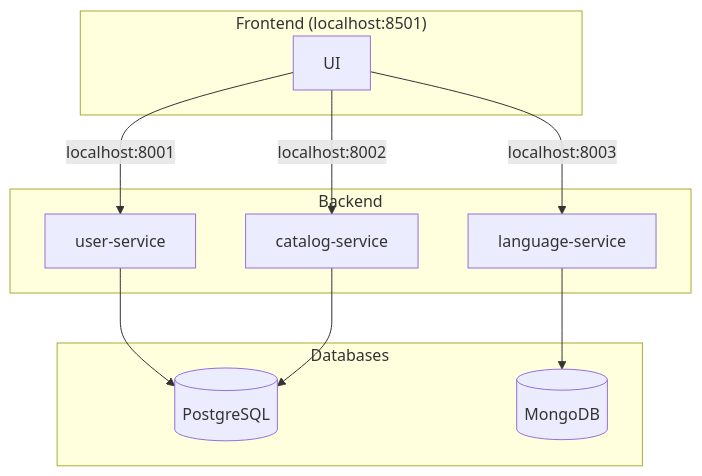
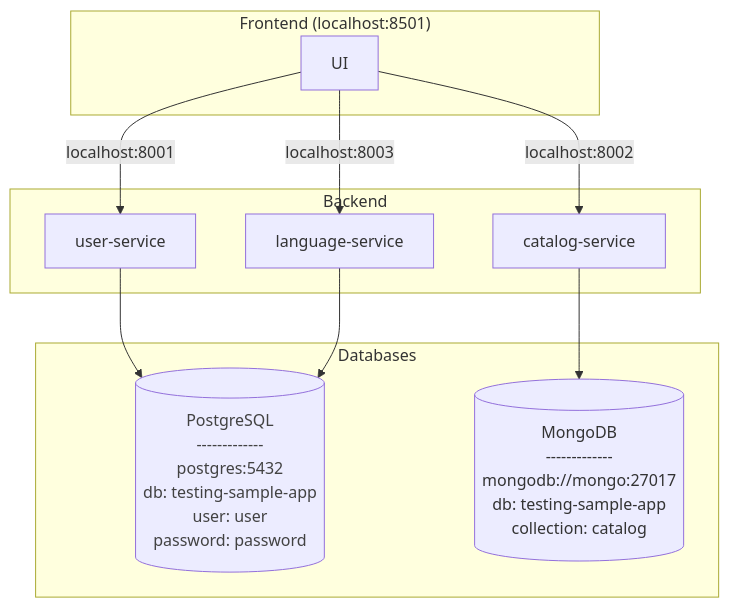
The diagram in README.md (mg-diego/testing-sample-app), drawn with Mermaid before and after one commit. The commit also changed other lines of this file, not shown here.

````diff
--- a/README.md
+++ b/README.md
@@ -11,28 +33,38 @@
 ```mermaid
 ---
 config:
   layout: dagre
 ---
 flowchart TD
  subgraph s1["Frontend (localhost:8501)"]
         UI-service["UI"]
   end
  subgraph Backend["Backend"]
         user-service["user-service"]
         catalog-service["catalog-service"]
         language-service["language-service"]
   end
  subgraph Databases["Databases"]
-        Posgresql["PostgreSQL"]
-        MongoDB["MongoDB"]
+        Posgresql["PostgreSQL
+        -------------
+        postgres:5432
+        db: testing-sample-app
+        user: user
+        password: password"]
+        MongoDB["MongoDB
+        -------------
+        mongodb://mongo:27017
+        db: testing-sample-app
+        collection: catalog"]
   end
     UI-service -- localhost:8001 --> user-service
     UI-service -- localhost:8002 --> catalog-service
     UI-service -- localhost:8003 --> language-service
     user-service --> Posgresql
-    catalog-service --> Posgresql
-    language-service --> MongoDB
-
+    catalog-service --> MongoDB
+    language-service --> Posgresql
     Posgresql@{ shape: cyl}
     MongoDB@{ shape: cyl}
+    style Posgresql color:#424242
+
 ```
````
